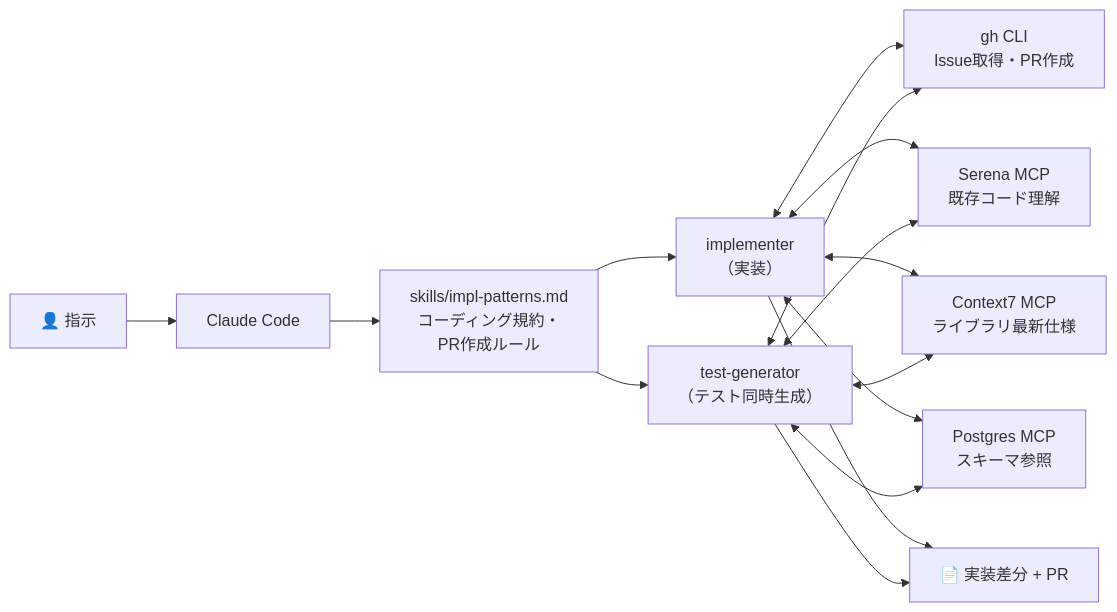
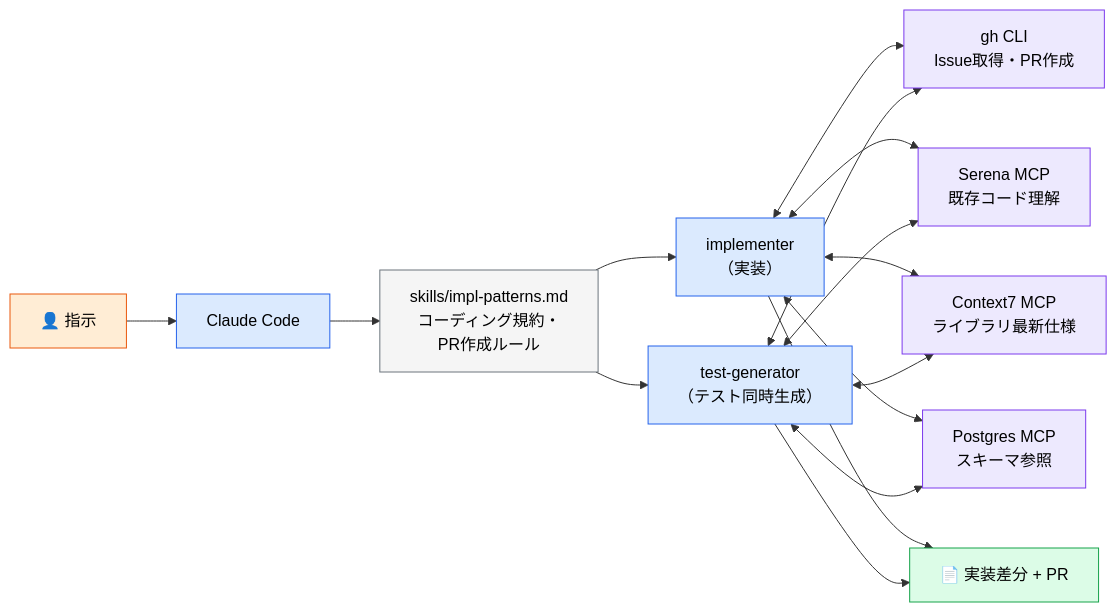
The ninth of 48 diagrams in AI駆動開発.md (takuma39/ai), drawn with Mermaid before and after one commit. The commit also changed other lines of this file, not shown here.

````diff
--- a/AI駆動開発.md
+++ b/AI駆動開発.md
@@ -254,12 +316,23 @@
 ```mermaid
 flowchart LR
     H["👤 指示"] --> CC["Claude Code"]
     CC --> SK["skills/impl-patterns.md<br/>コーディング規約・<br/>PR作成ルール"]
     SK --> IM["implementer<br/>（実装）"]
     SK --> TG["test-generator<br/>（テスト同時生成）"]
     IM & TG <--> GH["gh CLI<br/>Issue取得・PR作成"]
     IM & TG <--> SR["Serena MCP<br/>既存コード理解"]
     IM & TG <--> C7["Context7 MCP<br/>ライブラリ最新仕様"]
     IM & TG <--> DB["Postgres MCP<br/>スキーマ参照"]
     IM & TG --> OUT["📄 実装差分 + PR"]
+
+    style H fill:#ffedd5,stroke:#ea580c,color:#000
+    style CC fill:#dbeafe,stroke:#2563eb,color:#000
+    style SK fill:#f5f5f5,stroke:#6c757d,color:#000
+    style IM fill:#dbeafe,stroke:#2563eb,color:#000
+    style TG fill:#dbeafe,stroke:#2563eb,color:#000
+    style GH fill:#ede9fe,stroke:#7c3aed,color:#000
+    style SR fill:#ede9fe,stroke:#7c3aed,color:#000
+    style C7 fill:#ede9fe,stroke:#7c3aed,color:#000
+    style DB fill:#ede9fe,stroke:#7c3aed,color:#000
+    style OUT fill:#dcfce7,stroke:#16a34a,color:#000
 ```
````
